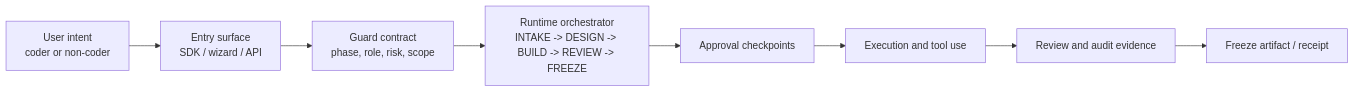
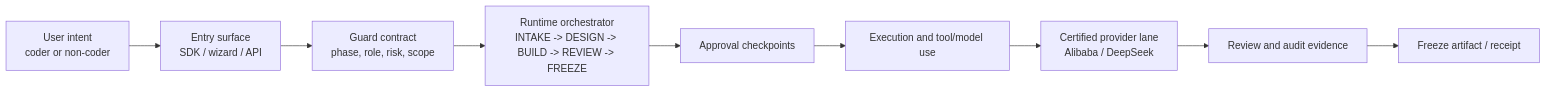
One commit to Blackbird081/Controlled-Vibe-Framework-CVF changed the third of 4 diagrams in ARCHITECTURE.md. Above: the diagram before and after it, drawn with Mermaid. The commit also changed other lines of this file and 29 other files, not shown here.

````diff
--- a/ARCHITECTURE.md
+++ b/ARCHITECTURE.md
@@ -103,19 +110,21 @@
 ```mermaid
 flowchart LR
     INTENT["User intent<br/>coder or non-coder"]
     ENTRY["Entry surface<br/>SDK / wizard / API"]
     GUARDS["Guard contract<br/>phase, role, risk, scope"]
     ORCH["Runtime orchestrator<br/>INTAKE -> DESIGN -> BUILD -> REVIEW -> FREEZE"]
     APPROVAL["Approval checkpoints"]
-    EXEC["Execution and tool use"]
+    EXEC["Execution and tool/model use"]
+    PROVIDER["Certified provider lane<br/>Alibaba / DeepSeek"]
     REVIEW["Review and audit evidence"]
     FREEZE["Freeze artifact / receipt"]
 
     INTENT --> ENTRY
     ENTRY --> GUARDS
     GUARDS --> ORCH
     ORCH --> APPROVAL
     APPROVAL --> EXEC
-    EXEC --> REVIEW
+    EXEC --> PROVIDER
+    PROVIDER --> REVIEW
     REVIEW --> FREEZE
 ```
````
